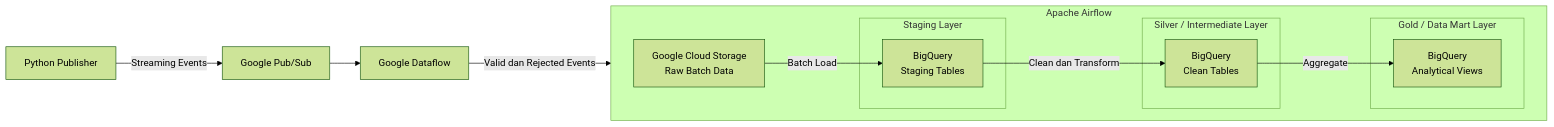
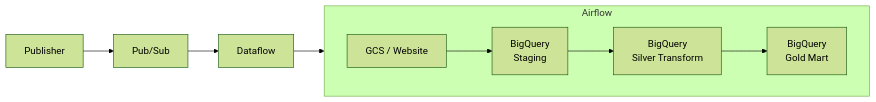
The diagram in README.md (jonathansionk/capstone3_green_taxi_batch_streaming_data_pipeline), drawn with Mermaid (forest theme) before and after one commit.

````diff
--- a/README.md
+++ b/README.md
@@ -23,34 +23,25 @@
 ```mermaid
 flowchart LR
 
-    PUBLISHER["Python Publisher"]
-    PUBSUB["Google Pub/Sub"]
-    DATAFLOW["Google Dataflow"]
+    PUBLISHER["Publisher"]
+    PUBSUB["Pub/Sub"]
+    DATAFLOW["Dataflow"]
 
-    PUBLISHER -->|Streaming Events| PUBSUB
+    PUBLISHER --> PUBSUB
     PUBSUB --> DATAFLOW
 
-    subgraph AIRFLOW["Apache Airflow"]
+    subgraph AIRFLOW["Airflow"]
         direction LR
 
-        GCS["Google Cloud Storage<br/>Raw Batch Data"]
+        GCS["GCS / Website"]
+        STAGING["BigQuery<br/>Staging"]
+        SILVER["BigQuery<br/>Silver Transform"]
+        GOLD["BigQuery<br/>Gold Mart"]
 
-        subgraph STAGING["Staging Layer"]
-            BQ_STAGING["BigQuery<br/>Staging Tables"]
-        end
-
-        subgraph SILVER["Silver / Intermediate Layer"]
-            BQ_SILVER["BigQuery<br/>Clean Tables"]
-        end
-
-        subgraph GOLD["Gold / Data Mart Layer"]
-            BQ_GOLD["BigQuery<br/>Analytical Views"]
-        end
-
-        GCS -->|Batch Load| BQ_STAGING
-        BQ_STAGING -->|Clean dan Transform| BQ_SILVER
-        BQ_SILVER -->|Aggregate| BQ_GOLD
+        GCS --> STAGING
+        STAGING --> SILVER
+        SILVER --> GOLD
     end
 
-    DATAFLOW -->|Valid dan Rejected Events| BQ_STAGING
+    DATAFLOW --> STAGING
 ```
````
